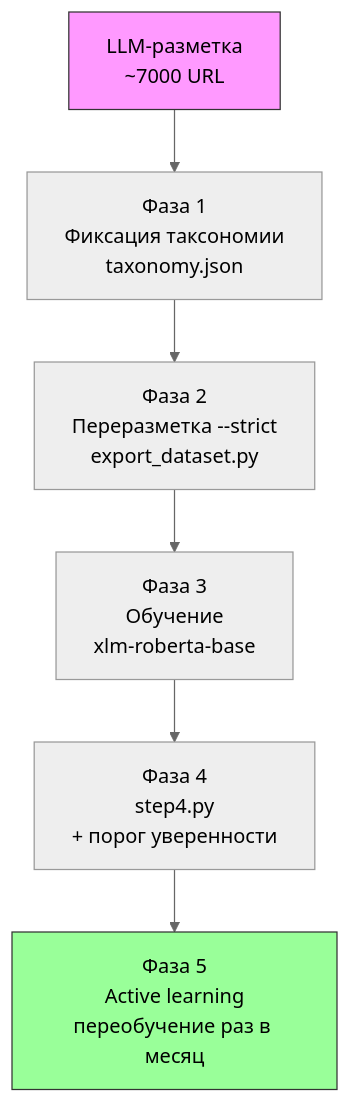
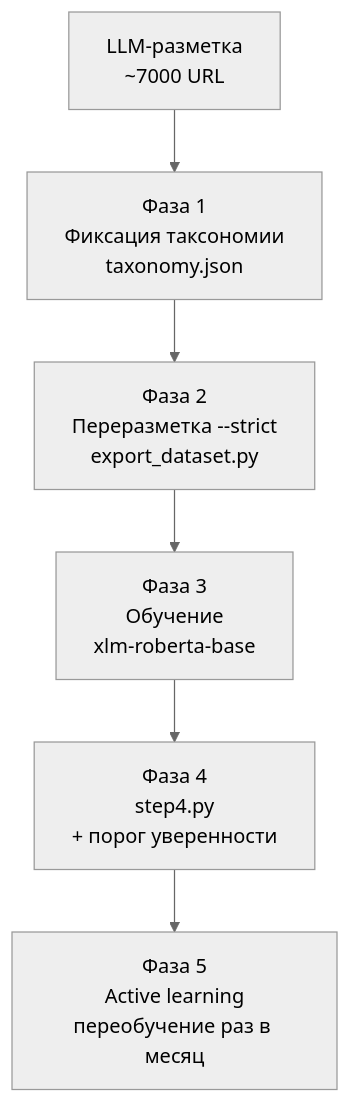
One commit to ioncat/web-page-classifier changed the third of 4 diagrams in README.md. Above: the diagram before and after it, drawn with Mermaid (neutral theme). The commit also changed other lines of this file, not shown here.

Commit message:
docs: remove redundant description and garish colors from ML Roadmap diagram

````diff
--- a/README.md
+++ b/README.md
@@ -112,11 +110,8 @@
 ```mermaid
 flowchart TD
     A["LLM-разметка<br/>~7000 URL"] --> B["Фаза 1<br/>Фиксация таксономии<br/>taxonomy.json"]
     B --> C["Фаза 2<br/>Переразметка --strict<br/>export_dataset.py"]
     C --> D["Фаза 3<br/>Обучение<br/>xlm-roberta-base"]
     D --> E["Фаза 4<br/>step4.py<br/>+ порог уверенности"]
     E --> F["Фаза 5<br/>Active learning<br/>переобучение раз в месяц"]
-
-    style A fill:#f9f,stroke:#333
-    style F fill:#9f9,stroke:#333
 ```
````
